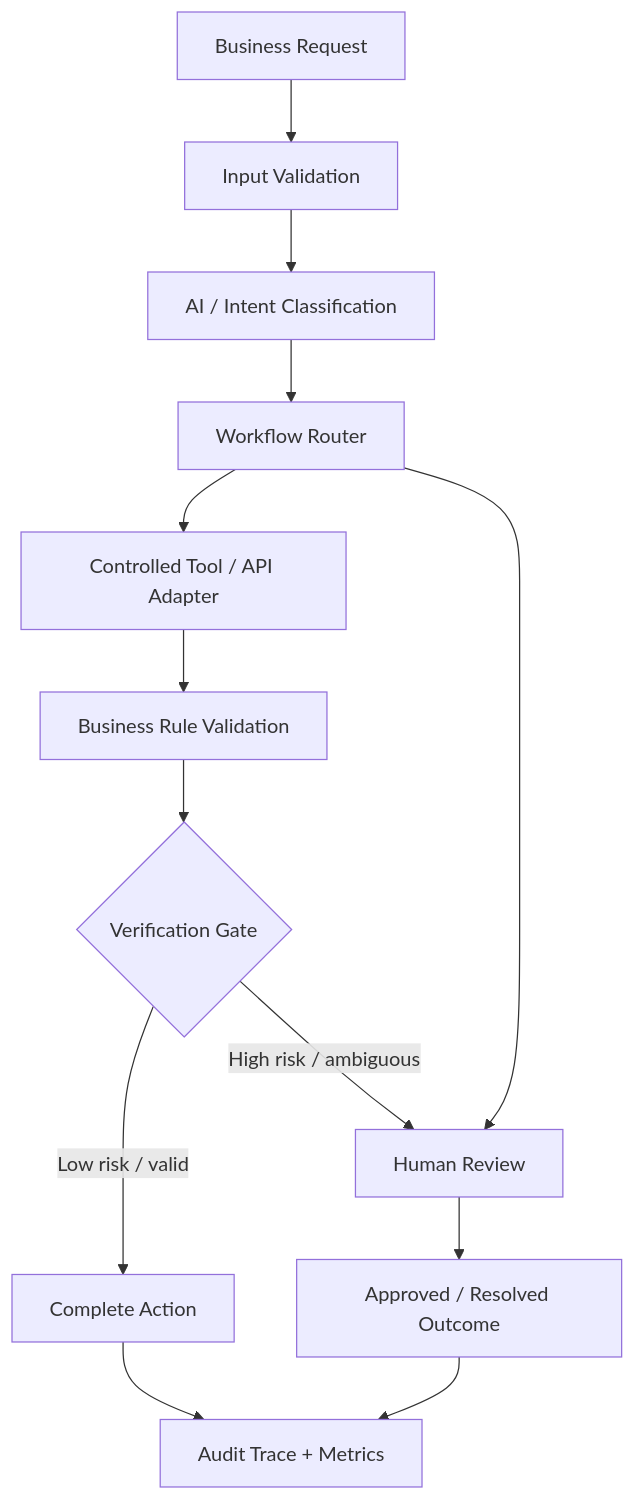
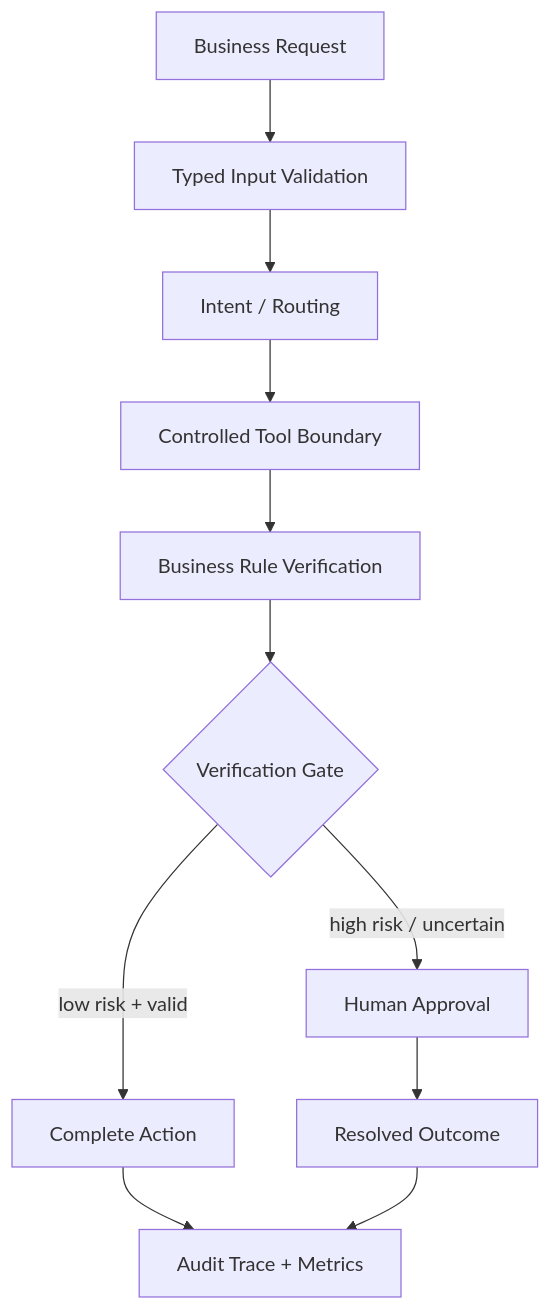
One commit to h00w/production-ai-automation changed the diagram in README.md. Above: the diagram before and after it, drawn with Mermaid. The commit also changed other lines of this file, not shown here.

````diff
--- a/README.md
+++ b/README.md
@@ -112,15 +42,13 @@
 ```mermaid
 flowchart TD
-    A[Business Request] --> B[Input Validation]
-    B --> C[AI / Intent Classification]
-    C --> D[Workflow Router]
-    D --> E[Controlled Tool / API Adapter]
-    D --> H[Human Review]
-    E --> F[Business Rule Validation]
-    F --> G{Verification Gate}
-    G -->|Low risk / valid| I[Complete Action]
-    G -->|High risk / ambiguous| H
-    H --> J[Approved / Resolved Outcome]
-    I --> K[Audit Trace + Metrics]
-    J --> K
+    A[Business Request] --> B[Typed Input Validation]
+    B --> C[Intent / Routing]
+    C --> D[Controlled Tool Boundary]
+    D --> E[Business Rule Verification]
+    E --> F{Verification Gate}
+    F -->|low risk + valid| G[Complete Action]
+    F -->|high risk / uncertain| H[Human Approval]
+    H --> I[Resolved Outcome]
+    G --> J[Audit Trace + Metrics]
+    I --> J
 ```
````
